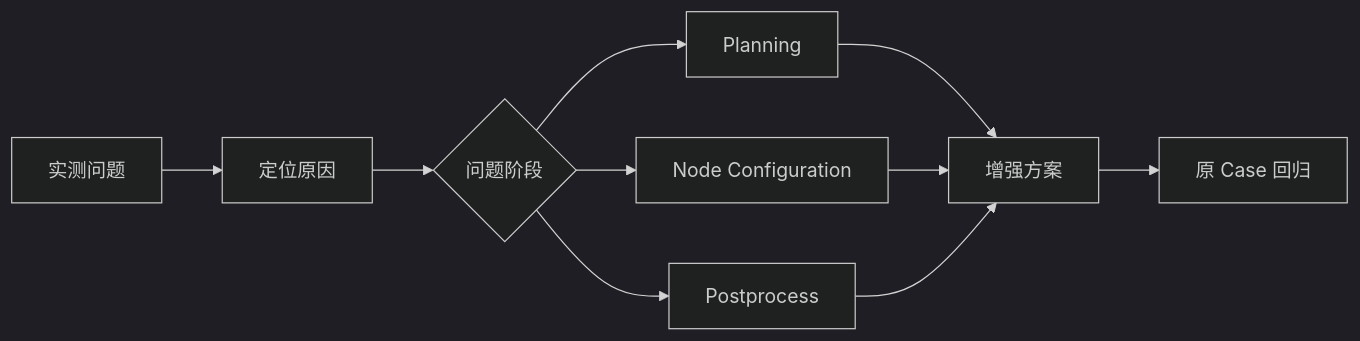
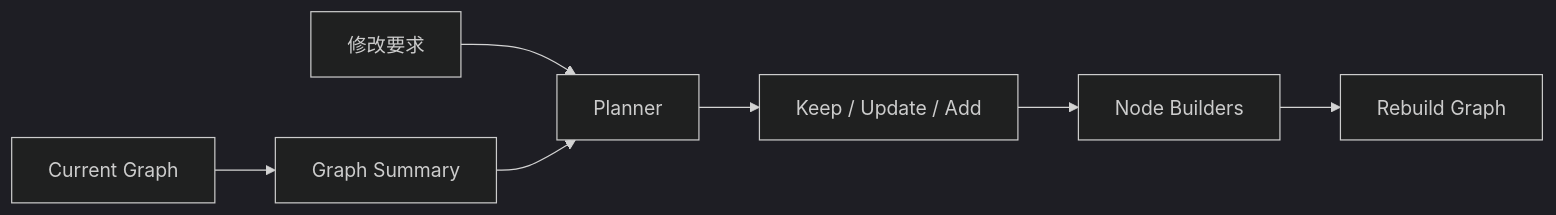
One commit to sgfd-ui/internship changed the ninth of 20 diagrams in weekly-report/dify-1.17-core-capabilities-research.md. Above: the diagram before and after it, drawn with Mermaid (dark theme). The commit also changed other lines of this file, not shown here.

````diff
--- a/weekly-report/dify-1.17-core-capabilities-research.md
+++ b/weekly-report/dify-1.17-core-capabilities-research.md
@@ -224,12 +268,9 @@
 ```mermaid
 flowchart LR
-    A[实测问题] --> B[定位原因]
-    B --> C{问题阶段}
-    C --> D[Planning]
-    C --> E[Node Configuration]
-    C --> F[Postprocess]
-    D --> G[增强方案]
-    E --> G
-    F --> G
-    G --> H[原 Case 回归]
+    A[Current Graph] --> B[Graph Summary]
+    C[修改要求] --> D[Planner]
+    B --> D
+    D --> E[Keep / Update / Add]
+    E --> F[Node Builders]
+    F --> G[Rebuild Graph]
 ```
````
